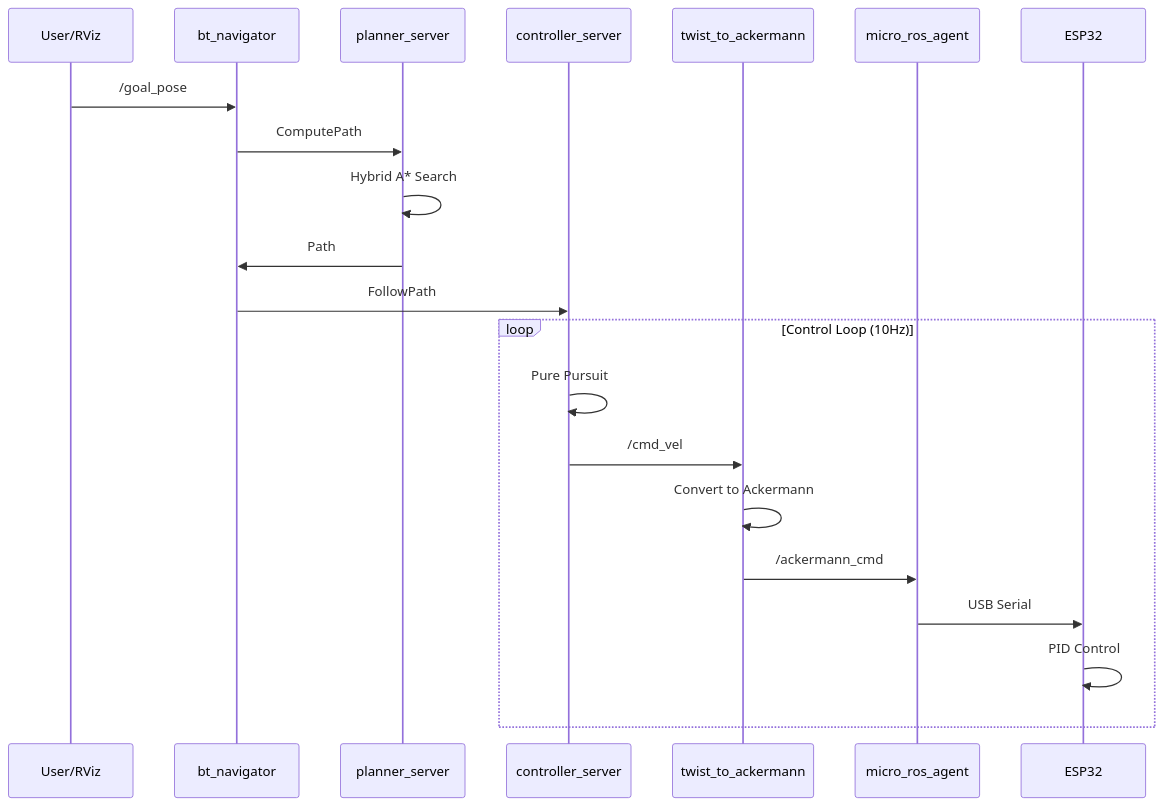
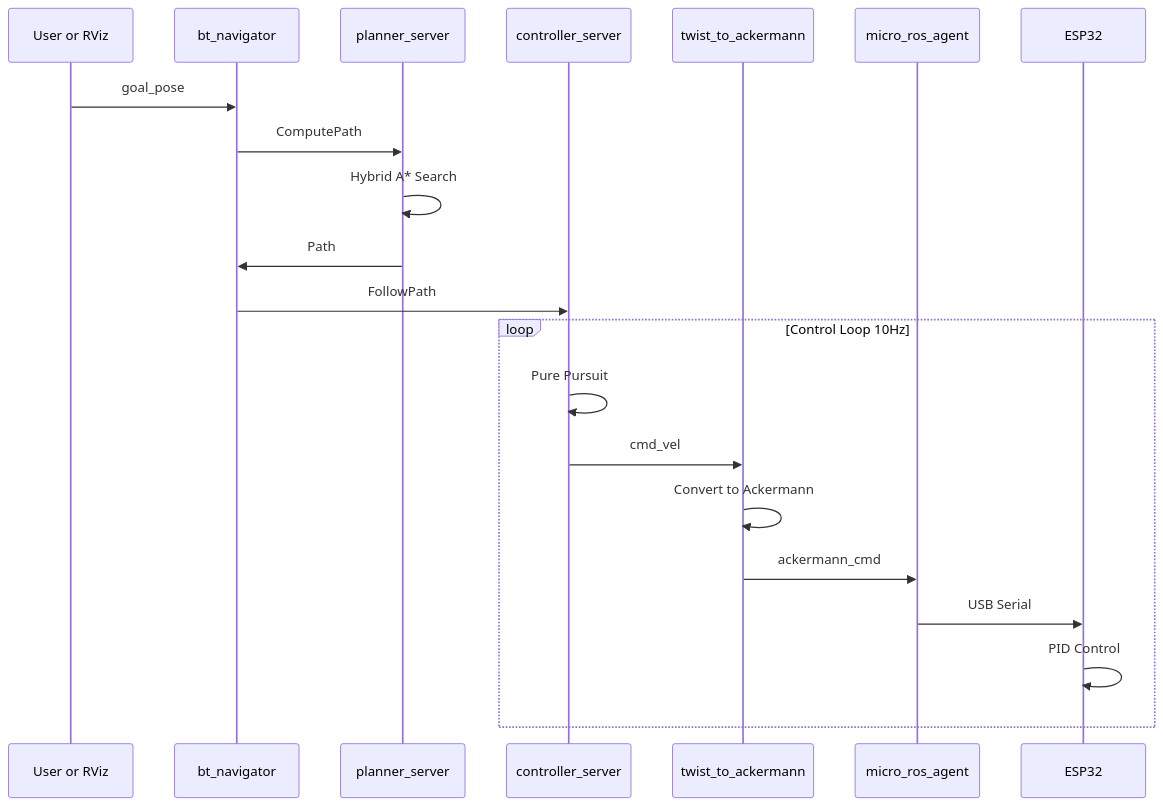
Before and after one commit to KashmeeraTT/Ackerman_UGV: the eighth of 13 diagrams in SYSTEM_DOCUMENTATION.md, drawn with Mermaid. The commit also changed other lines of this file, not shown here.

Commit message:
docs: Simplify mermaid diagram labels, subgraph titles, and minor text for improved readability.

````diff
--- a/SYSTEM_DOCUMENTATION.md
+++ b/SYSTEM_DOCUMENTATION.md
@@ -408,24 +407,24 @@
 ```mermaid
 sequenceDiagram
-    participant User as User/RViz
+    participant User as User or RViz
     participant BT as bt_navigator
     participant Plan as planner_server
     participant Ctrl as controller_server
     participant Ack as twist_to_ackermann
     participant Agent as micro_ros_agent
     participant ESP as ESP32
     
-    User->>BT: /goal_pose
+    User->>BT: goal_pose
     BT->>Plan: ComputePath
     Plan->>Plan: Hybrid A* Search
     Plan->>BT: Path
     BT->>Ctrl: FollowPath
-    loop Control Loop (10Hz)
+    loop Control Loop 10Hz
         Ctrl->>Ctrl: Pure Pursuit
-        Ctrl->>Ack: /cmd_vel
+        Ctrl->>Ack: cmd_vel
         Ack->>Ack: Convert to Ackermann
-        Ack->>Agent: /ackermann_cmd
+        Ack->>Agent: ackermann_cmd
         Agent->>ESP: USB Serial
         ESP->>ESP: PID Control
     end
 ```
````
